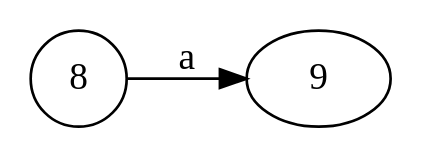
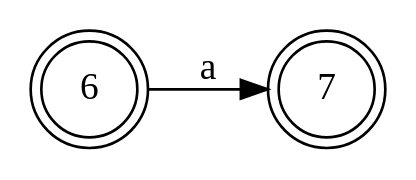
One commit to bryannalfaro/Dise-odeLenguajes changed the diagram in test-output/automata1.gv. Above: the diagram before and after it, drawn with Graphviz. The commit also changed 4 other files, not shown here.

```diff
--- a/test-output/automata1.gv
+++ b/test-output/automata1.gv
@@ -1,5 +1,6 @@
 digraph automata1 {
 	rankdir=LR
-	8 [label=8 shape=circle]
-	8 -> 9 [label=a]
+	6 [label=6 shape=doublecircle]
+	7 [label=7 shape=doublecircle]
+	6 -> 7 [label=a]
 }
```
